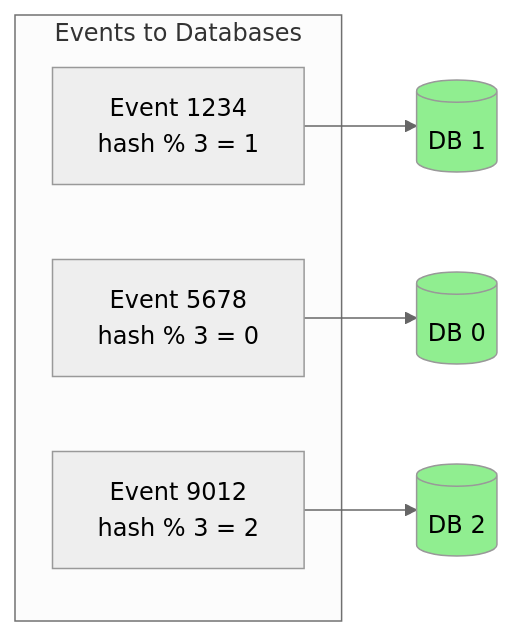
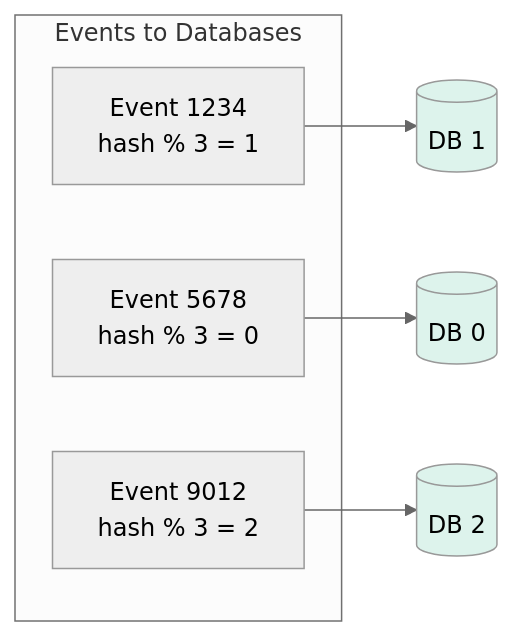
One commit to cartmancodes/InterviewVault changed the sixth of 34 diagrams in LLD/CoreConcepts/ConsistentHashing.md. Above: the diagram before and after it, drawn with Mermaid (neutral theme). The commit also changed other lines of this file and 679 other files, not shown here.

Commit message:
Unify content diagrams and add accessible visual walkthroughs

````diff
--- a/LLD/CoreConcepts/ConsistentHashing.md
+++ b/LLD/CoreConcepts/ConsistentHashing.md
@@ -138,16 +138,16 @@
 ```mermaid
 graph LR
     subgraph "Events to Databases"
         E1[Event 1234<br/>hash % 3 = 1]
         E2[Event 5678<br/>hash % 3 = 0]
         E3[Event 9012<br/>hash % 3 = 2]
     end
     
     E1 --> DB1[(DB 1)]
     E2 --> DB0[(DB 0)]
     E3 --> DB2[(DB 2)]
     
-    style DB0 fill:#90EE90
-    style DB1 fill:#90EE90
-    style DB2 fill:#90EE90
+    style DB0 fill:#DDF3EC
+    style DB1 fill:#DDF3EC
+    style DB2 fill:#DDF3EC
 ```
````
